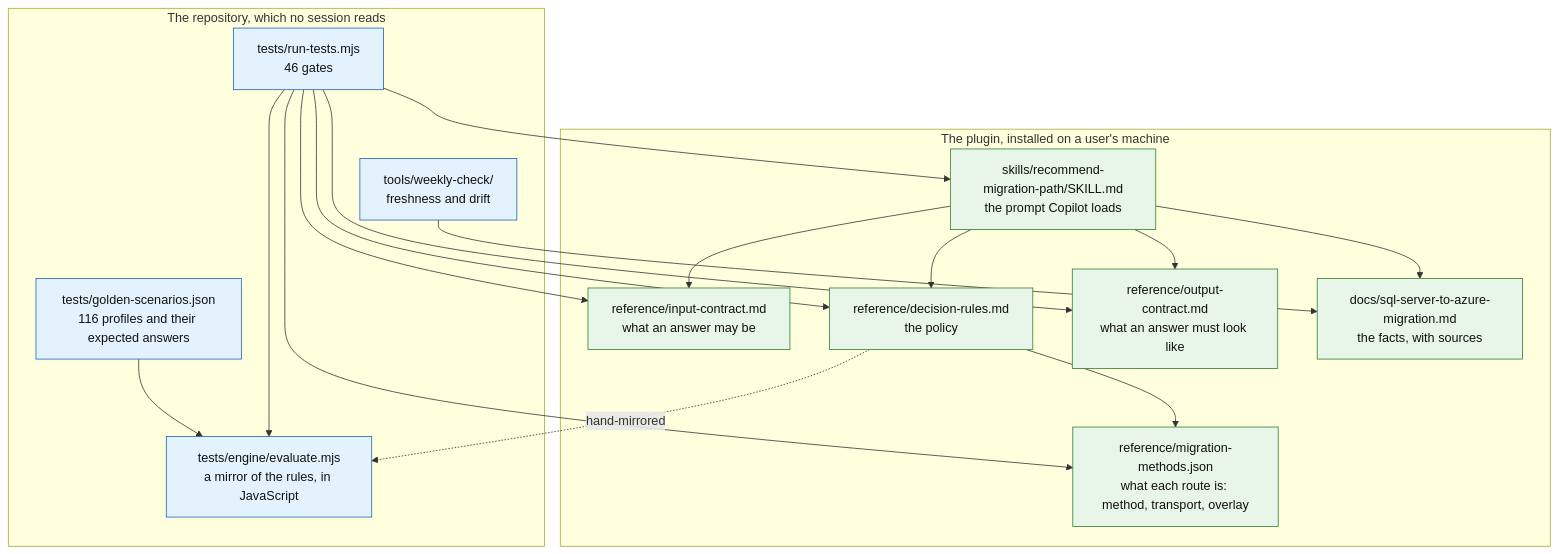
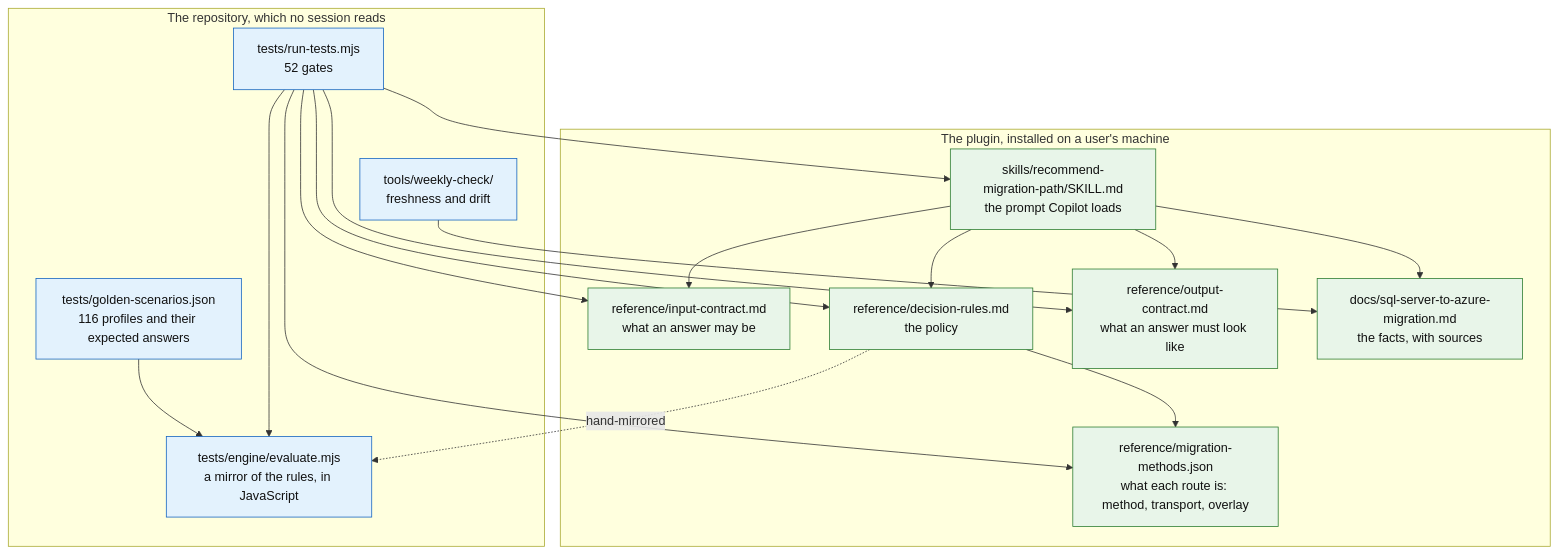
One commit to fredgis/sql-migration-advisor changed the first of 3 diagrams in docs/ARCHITECTURE.md. Above: the diagram before and after it, drawn with Mermaid. The commit also changed other lines of this file and 27 other files, not shown here.

First line of the commit message:
Take the third review pass, and make the schemas actually run (#81)

````diff
--- a/docs/ARCHITECTURE.md
+++ b/docs/ARCHITECTURE.md
@@ -28,38 +28,38 @@
 ```mermaid
 flowchart TD
     subgraph plugin["The plugin, installed on a user's machine"]
       SK["skills/recommend-migration-path/SKILL.md<br/>the prompt Copilot loads"]
       IC["reference/input-contract.md<br/>what an answer may be"]
       DR["reference/decision-rules.md<br/>the policy"]
       OC["reference/output-contract.md<br/>what an answer must look like"]
       MM["reference/migration-methods.json<br/>what each route is: method, transport, overlay"]
       KB["docs/sql-server-to-azure-migration.md<br/>the facts, with sources"]
     end
 
     subgraph repo["The repository, which no session reads"]
       EN["tests/engine/evaluate.mjs<br/>a mirror of the rules, in JavaScript"]
       GS["tests/golden-scenarios.json<br/>116 profiles and their expected answers"]
-      GA["tests/run-tests.mjs<br/>46 gates"]
+      GA["tests/run-tests.mjs<br/>52 gates"]
       WK["tools/weekly-check/<br/>freshness and drift"]
     end
 
     SK --> IC
     SK --> DR
     SK --> OC
     SK --> KB
     DR --> MM
     DR -.->|hand-mirrored| EN
     GS --> EN
     GA --> EN
     GA --> SK
     GA --> IC
     GA --> DR
     GA --> OC
     GA --> MM
     WK --> KB
 
     classDef live fill:#e8f5e9,stroke:#2e7d32,color:#111
     classDef test fill:#e3f2fd,stroke:#1565c0,color:#111
     class SK,IC,DR,OC,KB,MM live
     class EN,GS,GA,WK test
 ```
````
